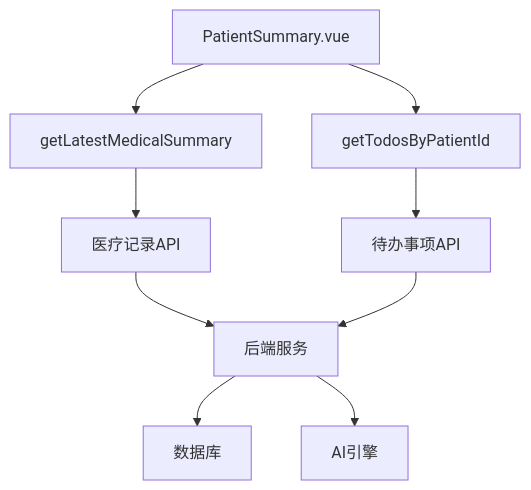
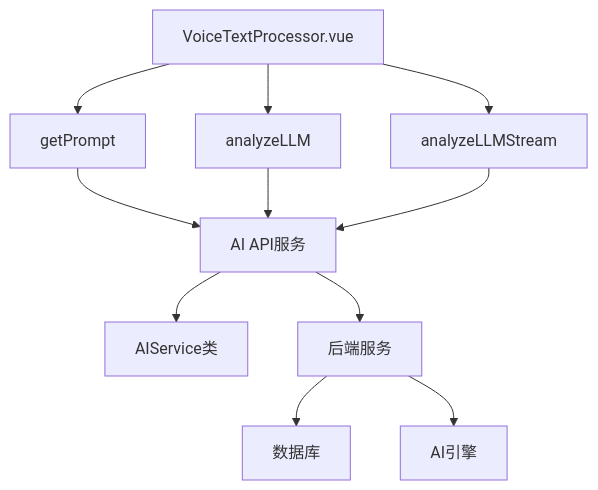
Before and after one commit to liuzh2008/med_ai_assistant_workspace: diagram 22 of 23 in .qoder/repowiki/zh/content/Vue Component Documentation.md, drawn with Mermaid. The commit also changed other lines of this file and 5 other files, not shown here.

````diff
--- a/.qoder/repowiki/zh/content/Vue Component Documentation.md
+++ b/.qoder/repowiki/zh/content/Vue Component Documentation.md
@@ -779,11 +904,13 @@
 ```mermaid
 graph TD
-PatientSummary[PatientSummary.vue] --> GetLatestMedicalSummary[getLatestMedicalSummary]
-PatientSummary --> GetTodosByPatientId[getTodosByPatientId]
-GetLatestMedicalSummary --> MedicalRecordsAPI[医疗记录API]
-GetTodosByPatientId --> TodoAPI[待办事项API]
-MedicalRecordsAPI --> BackendAPI[后端服务]
-TodoAPI --> BackendAPI
+VoiceTextProcessor[VoiceTextProcessor.vue] --> GetPrompt[getPrompt]
+VoiceTextProcessor --> AnalyzeLLM[analyzeLLM]
+VoiceTextProcessor --> AnalyzeLLMStream[analyzeLLMStream]
+GetPrompt --> APIService[AI API服务]
+AnalyzeLLM --> APIService
+AnalyzeLLMStream --> APIService
+APIService --> AIService[AIService类]
+APIService --> BackendAPI[后端服务]
 BackendAPI --> Database[数据库]
 BackendAPI --> AIEngine[AI引擎]
 ```
````
